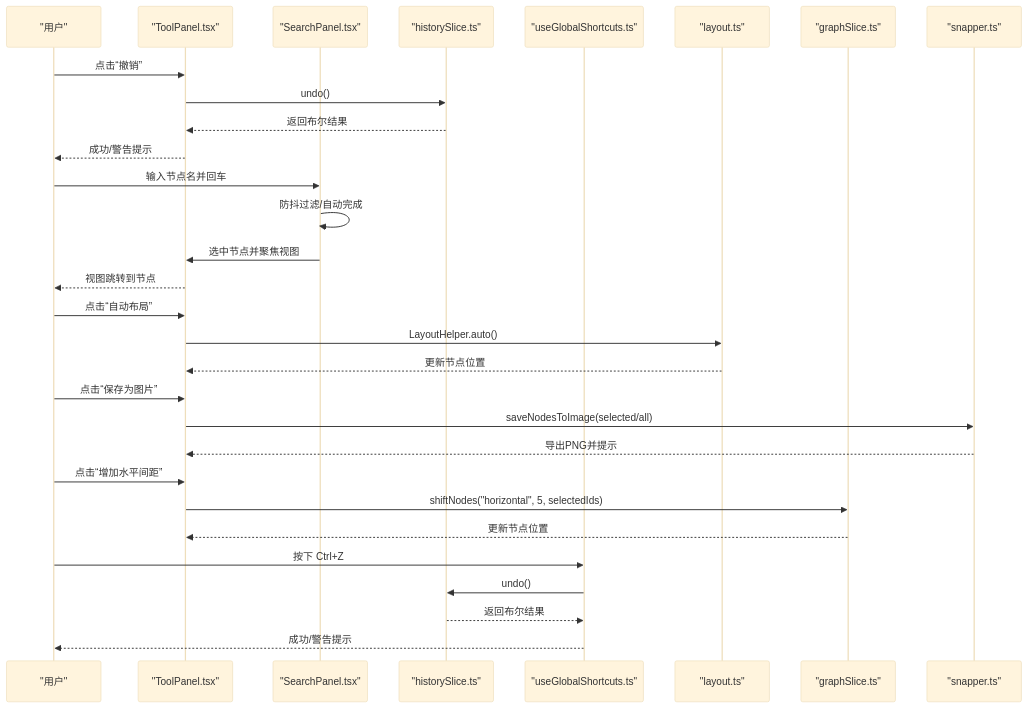
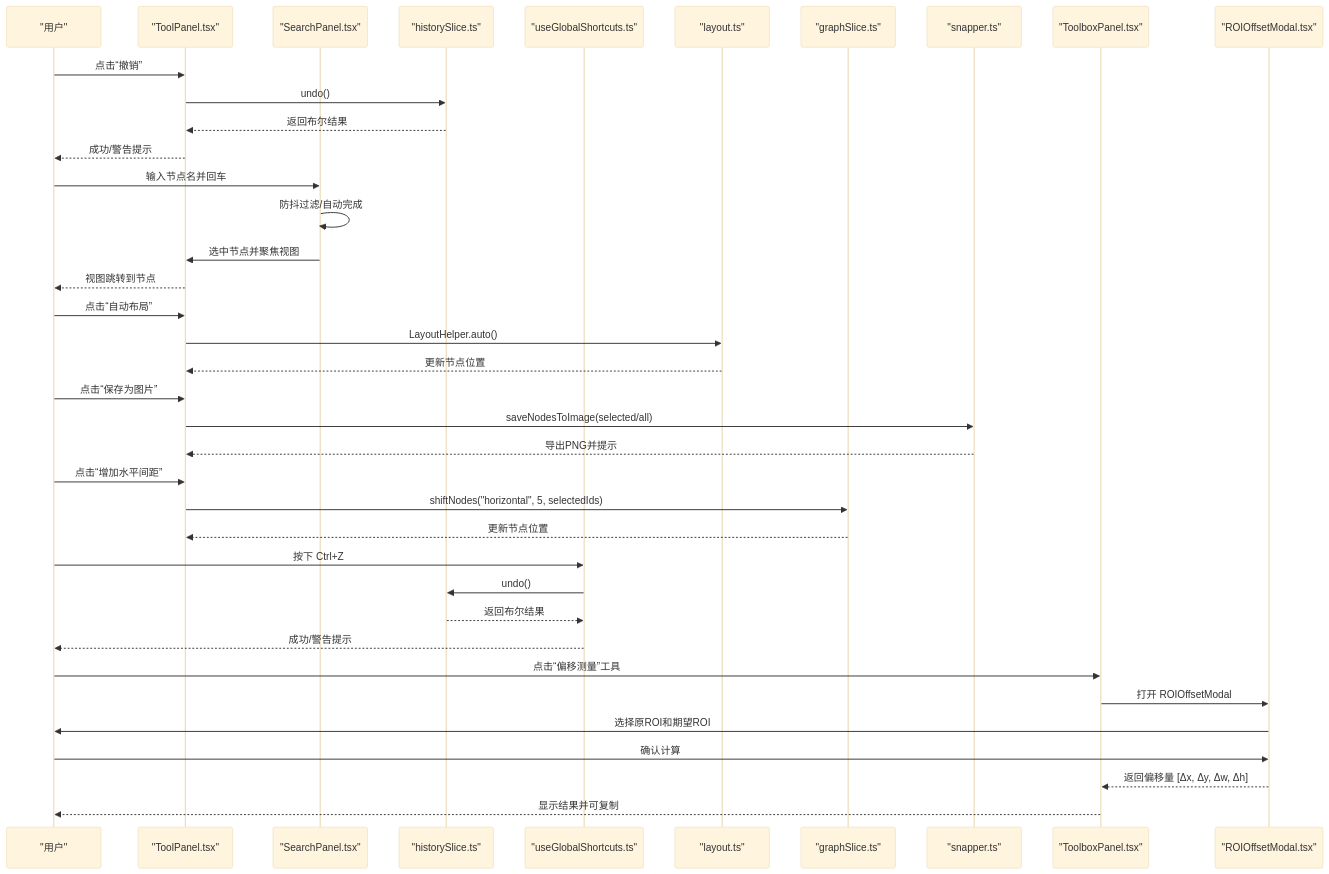
One commit to kqcoxn/MaaPipelineEditor changed the second of 6 diagrams in .qoder/repowiki/zh/content/核心概念/工具/工具.md. Above: the diagram before and after it, drawn with Mermaid (base theme). The commit also changed other lines of this file and 10 other files, not shown here.

````diff
--- a/.qoder/repowiki/zh/content/核心概念/工具/工具.md
+++ b/.qoder/repowiki/zh/content/核心概念/工具/工具.md
@@ -119,32 +143,40 @@
 ```mermaid
 sequenceDiagram
 participant U as "用户"
 participant TP as "ToolPanel.tsx"
 participant SP as "SearchPanel.tsx"
 participant HS as "historySlice.ts"
 participant GSH as "useGlobalShortcuts.ts"
 participant LH as "layout.ts"
 participant GS as "graphSlice.ts"
 participant SNAP as "snapper.ts"
+participant TB as "ToolboxPanel.tsx"
+participant ROI as "ROIOffsetModal.tsx"
 U->>TP : 点击“撤销”
 TP->>HS : undo()
 HS-->>TP : 返回布尔结果
 TP-->>U : 成功/警告提示
 U->>SP : 输入节点名并回车
 SP->>SP : 防抖过滤/自动完成
 SP->>TP : 选中节点并聚焦视图
 TP-->>U : 视图跳转到节点
 U->>TP : 点击“自动布局”
 TP->>LH : LayoutHelper.auto()
 LH-->>TP : 更新节点位置
 U->>TP : 点击“保存为图片”
 TP->>SNAP : saveNodesToImage(selected/all)
 SNAP-->>TP : 导出PNG并提示
 U->>TP : 点击“增加水平间距”
 TP->>GS : shiftNodes("horizontal", 5, selectedIds)
 GS-->>TP : 更新节点位置
 U->>GSH : 按下 Ctrl+Z
 GSH->>HS : undo()
 HS-->>GSH : 返回布尔结果
 GSH-->>U : 成功/警告提示
+U->>TB : 点击“偏移测量”工具
+TB->>ROI : 打开 ROIOffsetModal
+ROI->>U : 选择原ROI和期望ROI
+U->>ROI : 确认计算
+ROI-->>TB : 返回偏移量 [Δx, Δy, Δw, Δh]
+TB-->>U : 显示结果并可复制
 ```
````
